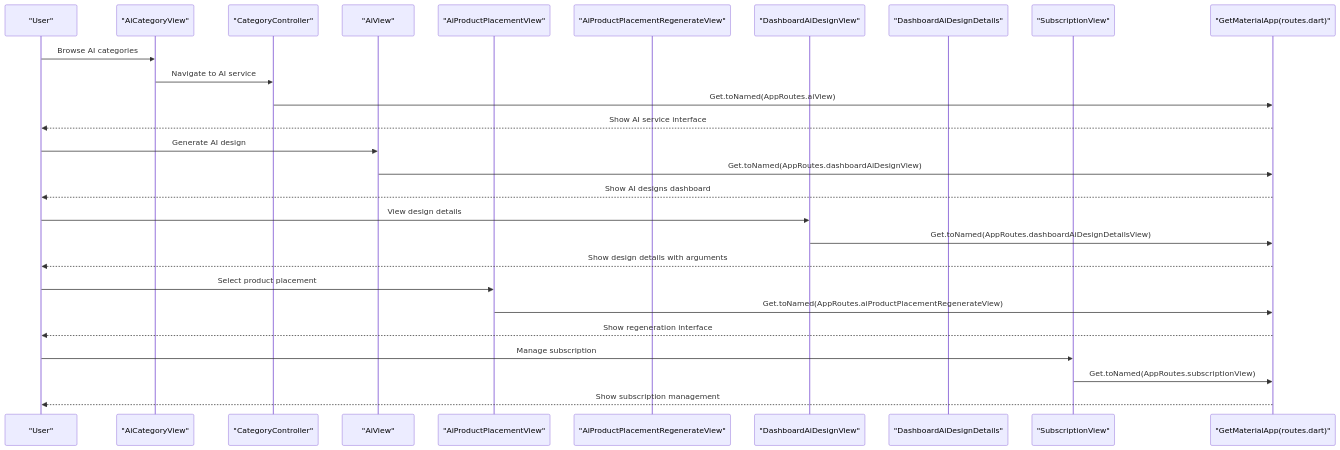
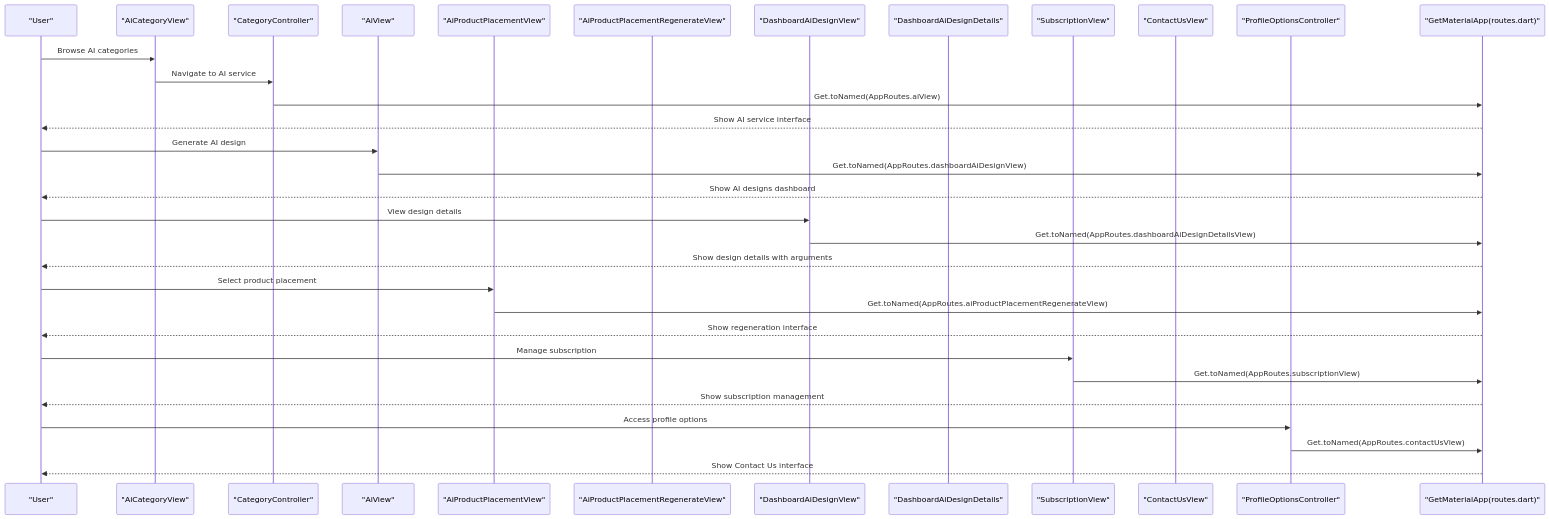
Before and after one commit to Ariful3111/FurniGo: the third of 11 diagrams in .qoder/repowiki/en/content/Architecture Overview/Routing and Navigation.md, drawn with Mermaid. The commit also changed other lines of this file and 9 other files, not shown here.

````diff
--- a/.qoder/repowiki/en/content/Architecture Overview/Routing and Navigation.md
+++ b/.qoder/repowiki/en/content/Architecture Overview/Routing and Navigation.md
@@ -223,29 +247,34 @@
 ```mermaid
 sequenceDiagram
 participant User as "User"
 participant AICategory as "AiCategoryView"
 participant AICtrl as "CategoryController"
 participant AIView as "AiView"
 participant AIPPlace as "AiProductPlacementView"
 participant AIPRegen as "AiProductPlacementRegenerateView"
 participant AIDashboard as "DashboardAiDesignView"
 participant AIDetails as "DashboardAiDesignDetails"
 participant SubView as "SubscriptionView"
+participant ContactUs as "ContactUsView"
+participant ProfileOpt as "ProfileOptionsController"
 participant Router as "GetMaterialApp(routes.dart)"
 User->>AICategory : Browse AI categories
 AICategory->>AICtrl : Navigate to AI service
 AICtrl->>Router : Get.toNamed(AppRoutes.aiView)
 Router-->>User : Show AI service interface
 User->>AIView : Generate AI design
 AIView->>Router : Get.toNamed(AppRoutes.dashboardAiDesignView)
 Router-->>User : Show AI designs dashboard
 User->>AIDashboard : View design details
 AIDashboard->>Router : Get.toNamed(AppRoutes.dashboardAiDesignDetailsView)
 Router-->>User : Show design details with arguments
 User->>AIPPlace : Select product placement
 AIPPlace->>Router : Get.toNamed(AppRoutes.aiProductPlacementRegenerateView)
 Router-->>User : Show regeneration interface
 User->>SubView : Manage subscription
 SubView->>Router : Get.toNamed(AppRoutes.subscriptionView)
 Router-->>User : Show subscription management
+User->>ProfileOpt : Access profile options
+ProfileOpt->>Router : Get.toNamed(AppRoutes.contactUsView)
+Router-->>User : Show Contact Us interface
 ```
````
